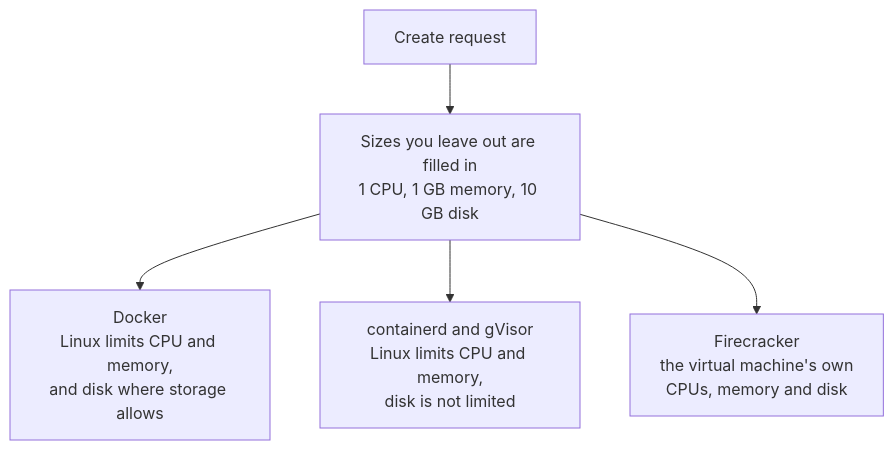
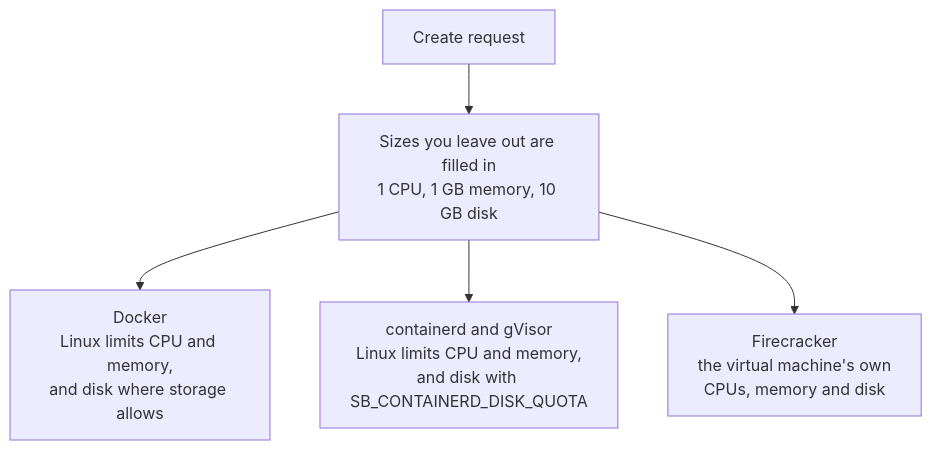
One commit to aerol-ai/microvm changed the sixth of 6 diagrams in docs/src/content/docs/engineering-isolation.mdx. Above: the diagram before and after it, drawn with Mermaid. The commit also changed other lines of this file and 6 other files, not shown here.

Commit message:
docs: diskGB is enforced on containerd with SB_CONTAINERD_DISK_QUOTA

````diff
--- a/docs/src/content/docs/engineering-isolation.mdx
+++ b/docs/src/content/docs/engineering-isolation.mdx
@@ -268,7 +268,7 @@
 ```mermaid
 flowchart TB
     Req["Create request"] --> Fill["Sizes you leave out are filled in<br/>1 CPU, 1 GB memory, 10 GB disk"]
     Fill --> D["Docker<br/>Linux limits CPU and memory,<br/>and disk where storage allows"]
-    Fill --> CG["containerd and gVisor<br/>Linux limits CPU and memory,<br/>disk is not limited"]
+    Fill --> CG["containerd and gVisor<br/>Linux limits CPU and memory,<br/>and disk with SB_CONTAINERD_DISK_QUOTA"]
     Fill --> F["Firecracker<br/>the virtual machine's own<br/>CPUs, memory and disk"]
 ```
````
